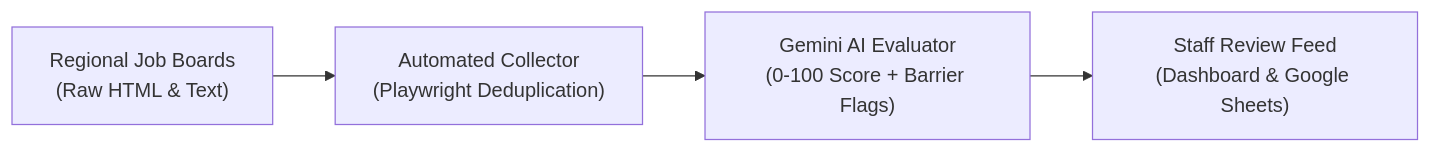
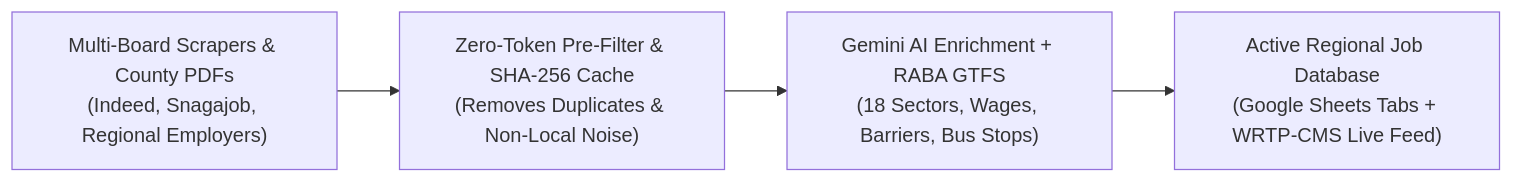
Before and after one commit to briancummings111-6479/applied-ai-operations-portfolio: the diagram in case-studies/01-ai-job-discovery-pipeline.md, drawn with Mermaid. The commit also changed other lines of this file and 10 other files, not shown here.

Commit message:
feat(portfolio): showcase Career Miner, WRTP-CMS & custom SIS with real UI screenshots, visual product tour, and 4th sanitized code demo

````diff
--- a/case-studies/01-ai-job-discovery-pipeline.md
+++ b/case-studies/01-ai-job-discovery-pipeline.md
@@ -29,6 +31,6 @@
 ```mermaid
 flowchart LR
-    A["Regional Job Boards<br/>(Raw HTML & Text)"] --> B["Automated Collector<br/>(Playwright Deduplication)"]
-    B --> C["Gemini AI Evaluator<br/>(0-100 Score + Barrier Flags)"]
-    C --> D["Staff Review Feed<br/>(Dashboard & Google Sheets)"]
+    A["Multi-Board Scrapers & County PDFs<br/>(Indeed, Snagajob, Regional Employers)"] --> B["Zero-Token Pre-Filter & SHA-256 Cache<br/>(Removes Duplicates & Non-Local Noise)"]
+    B --> C["Gemini AI Enrichment + RABA GTFS<br/>(18 Sectors, Wages, Barriers, Bus Stops)"]
+    C --> D["Active Regional Job Database<br/>(Google Sheets Tabs + WRTP-CMS Live Feed)"]
 ```
````
